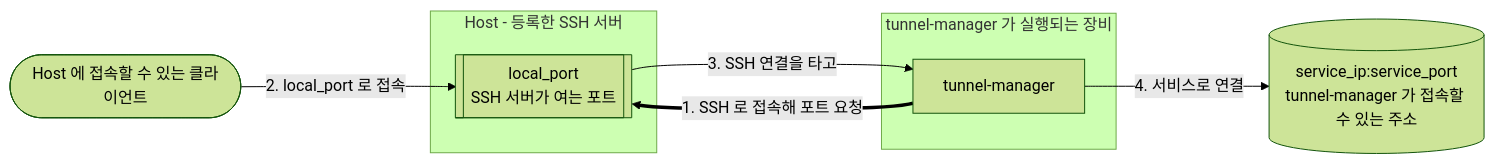
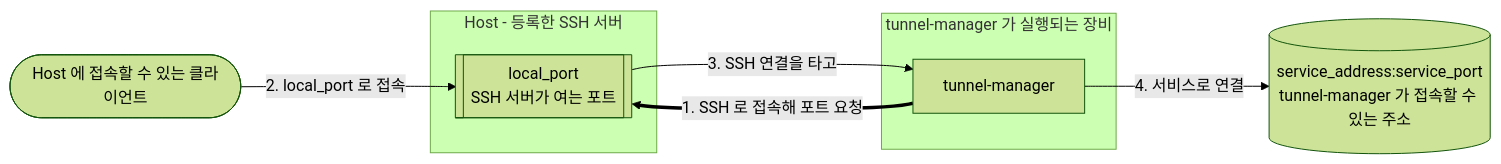
Before and after one commit to jollaman999/tunnel-manager: the first of 2 diagrams in docs/README.ko.md, drawn with Mermaid (forest theme). The commit also changed other lines of this file and 21 other files, not shown here.

````diff
--- a/docs/README.ko.md
+++ b/docs/README.ko.md
@@ -19,16 +19,16 @@
 ```mermaid
 flowchart LR
     client([Host 에 접속할 수 있는 클라이언트])
     subgraph host [Host - 등록한 SSH 서버]
         port[["local_port<br/>SSH 서버가 여는 포트"]]
     end
     subgraph here [tunnel-manager 가 실행되는 장비]
         tm[tunnel-manager]
     end
-    service[("service_ip:service_port<br/>tunnel-manager 가 접속할 수 있는 주소")]
+    service[("service_address:service_port<br/>tunnel-manager 가 접속할 수 있는 주소")]
 
     tm ==>|"1. SSH 로 접속해 포트 요청"| port
     client -->|"2. local_port 로 접속"| port
     port -->|"3. SSH 연결을 타고"| tm
     tm -->|"4. 서비스로 연결"| service
 ```
````
